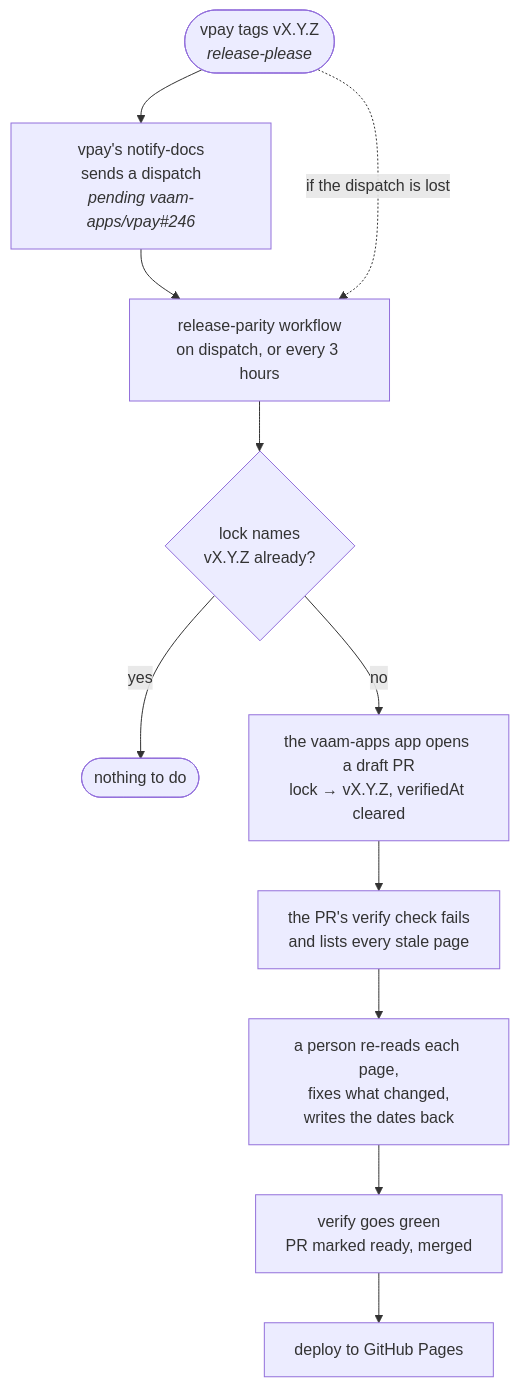
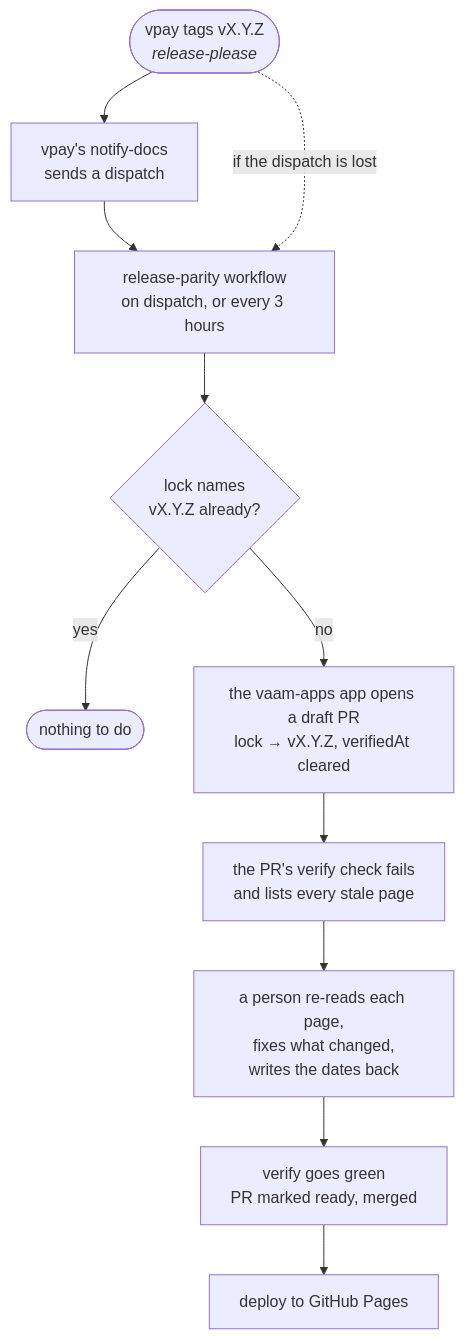
Before and after one commit to vaam-apps/vpay-docs: the diagram in docs/about/parity.md, drawn with Mermaid. The commit also changed other lines of this file and 1 other file, not shown here.

First line of the commit message:
docs: vpay's notify-docs dispatch has merged (vaam-apps/vpay#246)

````diff
--- a/docs/about/parity.md
+++ b/docs/about/parity.md
@@ -26,18 +26,18 @@
 ```mermaid
 flowchart TD
   tag(["vpay tags vX.Y.Z<br/><i>release-please</i>"])
-  notify["vpay's notify-docs<br/>sends a dispatch<br/><i>pending vaam-apps/vpay#246</i>"]
+  notify["vpay's notify-docs<br/>sends a dispatch"]
   poll["release-parity workflow<br/>on dispatch, or every 3 hours"]
   same{"lock names<br/>vX.Y.Z already?"}
   done(["nothing to do"])
   bot["the vaam-apps app opens a draft PR<br/>lock → vX.Y.Z, verifiedAt cleared"]
   red["the PR's verify check fails<br/>and lists every stale page"]
   person["a person re-reads each page,<br/>fixes what changed,<br/>writes the dates back"]
   green["verify goes green<br/>PR marked ready, merged"]
   deploy["deploy to GitHub Pages"]
   tag --> notify --> poll
   tag -. "if the dispatch is lost" .-> poll
   poll --> same
   same -- yes --> done
   same -- no --> bot --> red --> person --> green --> deploy
 ```
````
